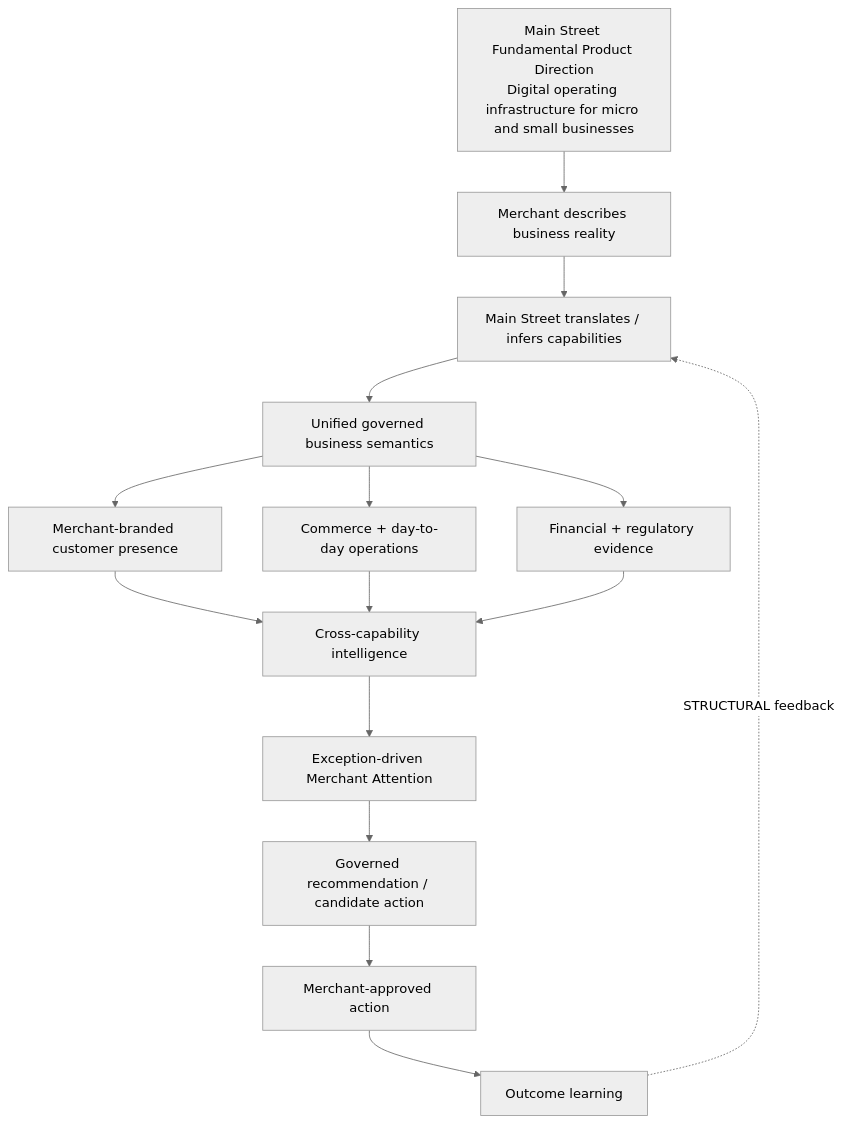
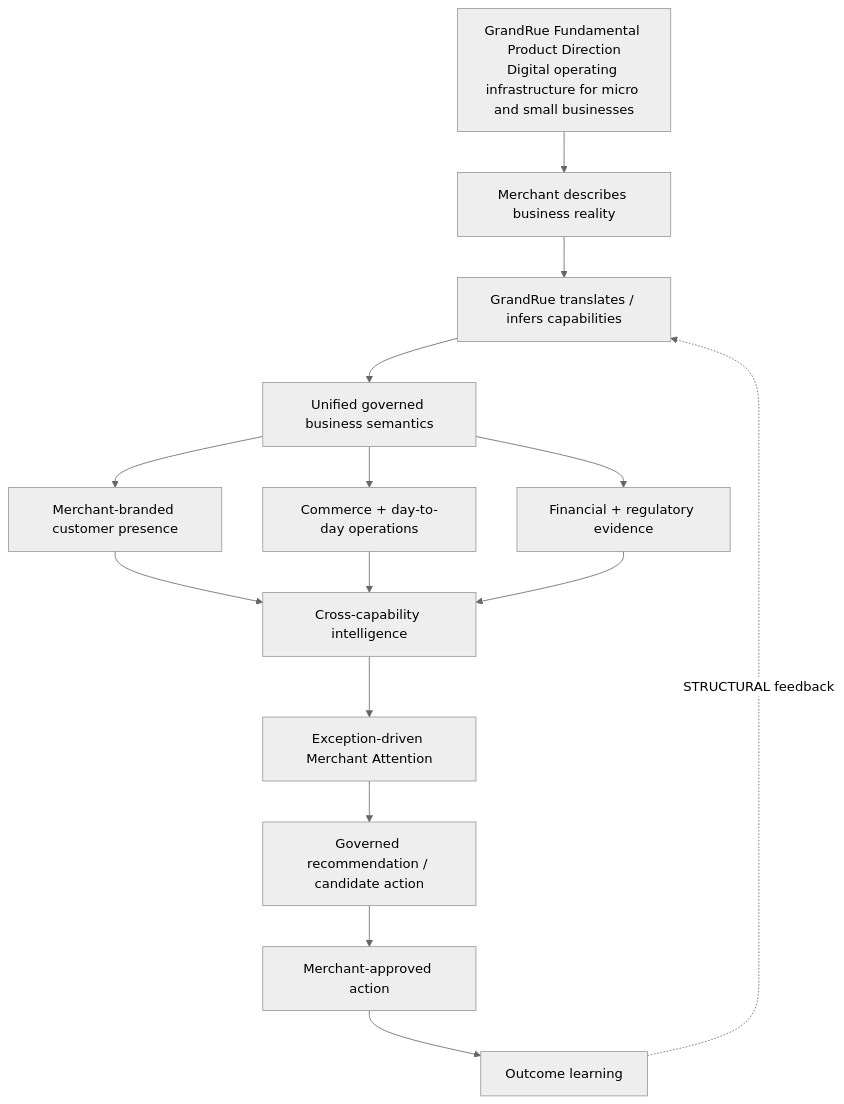
Before and after one commit to swangune/GrandRue: the first of 22 diagrams in SEQUENCE.md, drawn with Mermaid (neutral theme). The commit also changed other lines of this file and 8 other files, not shown here.

````diff
--- a/SEQUENCE.md
+++ b/SEQUENCE.md
@@ -75,19 +75,19 @@
 ```mermaid
 flowchart TD
-    V["Main Street Fundamental Product Direction\nDigital operating infrastructure for micro and small businesses"]
+    V["GrandRue Fundamental Product Direction\nDigital operating infrastructure for micro and small businesses"]
 
     V --> P1["Merchant describes business reality"]
-    P1 --> P2["Main Street translates / infers capabilities"]
+    P1 --> P2["GrandRue translates / infers capabilities"]
     P2 --> P3["Unified governed business semantics"]
     P3 --> P4["Merchant-branded customer presence"]
     P3 --> P5["Commerce + day-to-day operations"]
     P3 --> P6["Financial + regulatory evidence"]
     P4 --> P7["Cross-capability intelligence"]
     P5 --> P7
     P6 --> P7
     P7 --> P8["Exception-driven Merchant Attention"]
     P8 --> P9["Governed recommendation / candidate action"]
     P9 --> P10["Merchant-approved action"]
     P10 --> P11["Outcome learning"]
     P11 -.STRUCTURAL feedback.-> P2
 ```
````
